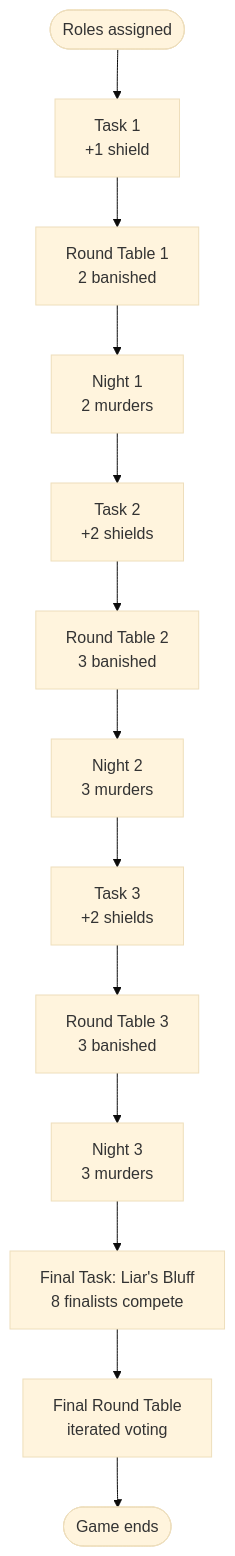
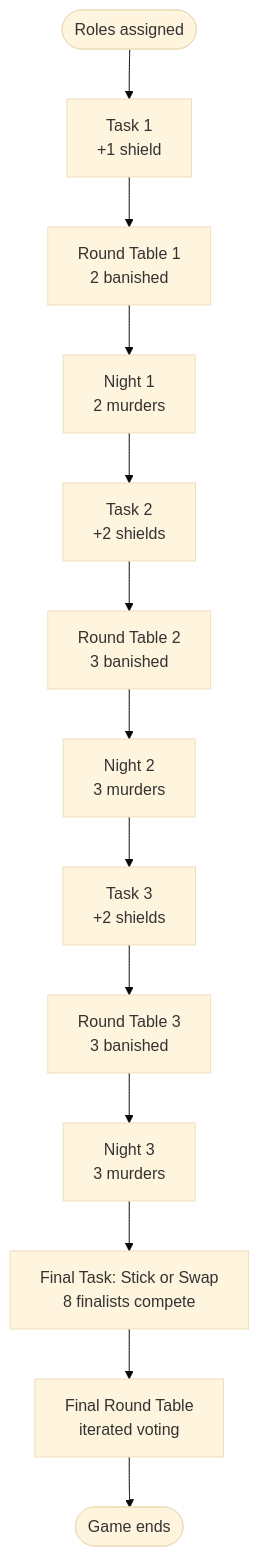
One commit to mjacobs95/traitors changed the diagram in docs/game_plan.md. Above: the diagram before and after it, drawn with Mermaid (base theme). The commit also changed other lines of this file and 1 other file, not shown here.

````diff
--- a/docs/game_plan.md
+++ b/docs/game_plan.md
@@ -14,15 +14,15 @@
 ```mermaid
 flowchart TD
     Start([Roles assigned]) --> T1[Task 1<br/>+1 shield]
     T1 --> RT1[Round Table 1<br/>2 banished]
     RT1 --> N1[Night 1<br/>2 murders]
     N1 --> T2[Task 2<br/>+2 shields]
     T2 --> RT2[Round Table 2<br/>3 banished]
     RT2 --> N2[Night 2<br/>3 murders]
     N2 --> T3[Task 3<br/>+2 shields]
     T3 --> RT3[Round Table 3<br/>3 banished]
     RT3 --> N3[Night 3<br/>3 murders]
-    N3 --> FT[Final Task: Liar's Bluff<br/>8 finalists compete]
+    N3 --> FT[Final Task: Stick or Swap<br/>8 finalists compete]
     FT --> F[Final Round Table<br/>iterated voting]
     F --> End([Game ends])
 ```
````
